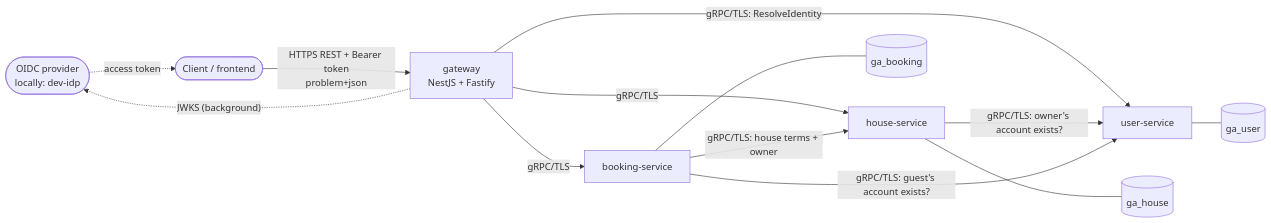
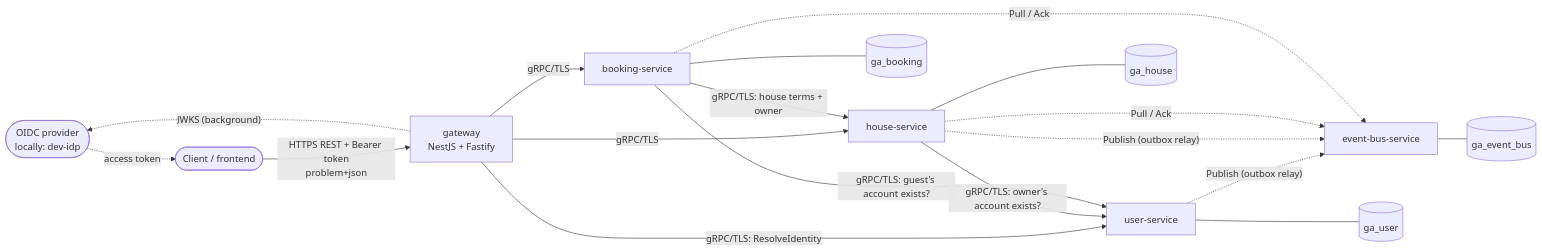
The first of 2 diagrams in docs/architecture/overview.md (pshenok/global-architecture), drawn with Mermaid before and after one commit. The commit also changed other lines of this file and 5 other files, not shown here.

````diff
--- a/docs/architecture/overview.md
+++ b/docs/architecture/overview.md
@@ -14,15 +14,20 @@
 ```mermaid
 flowchart LR
   idp([OIDC provider\nlocally: dev-idp]) -. "access token" .-> client([Client / frontend])
   client -- "HTTPS REST + Bearer token\nproblem+json" --> gw[gateway\nNestJS + Fastify]
   gw -. "JWKS (background)" .-> idp
   gw -- "gRPC/TLS: ResolveIdentity" --> us[user-service]
   gw -- "gRPC/TLS" --> hs[house-service]
   gw -- "gRPC/TLS" --> bs[booking-service]
   hs -- "gRPC/TLS: owner's account exists?" --> us
   bs -- "gRPC/TLS: guest's account exists?" --> us
   bs -- "gRPC/TLS: house terms + owner" --> hs
+  us -. "Publish (outbox relay)" .-> eb[event-bus-service]
+  hs -. "Publish (outbox relay)" .-> eb
+  hs -. "Pull / Ack" .-> eb
+  bs -. "Pull / Ack" .-> eb
   us --- udb[(ga_user)]
   hs --- hdb[(ga_house)]
   bs --- bdb[(ga_booking)]
+  eb --- edb[(ga_event_bus)]
 ```
````
